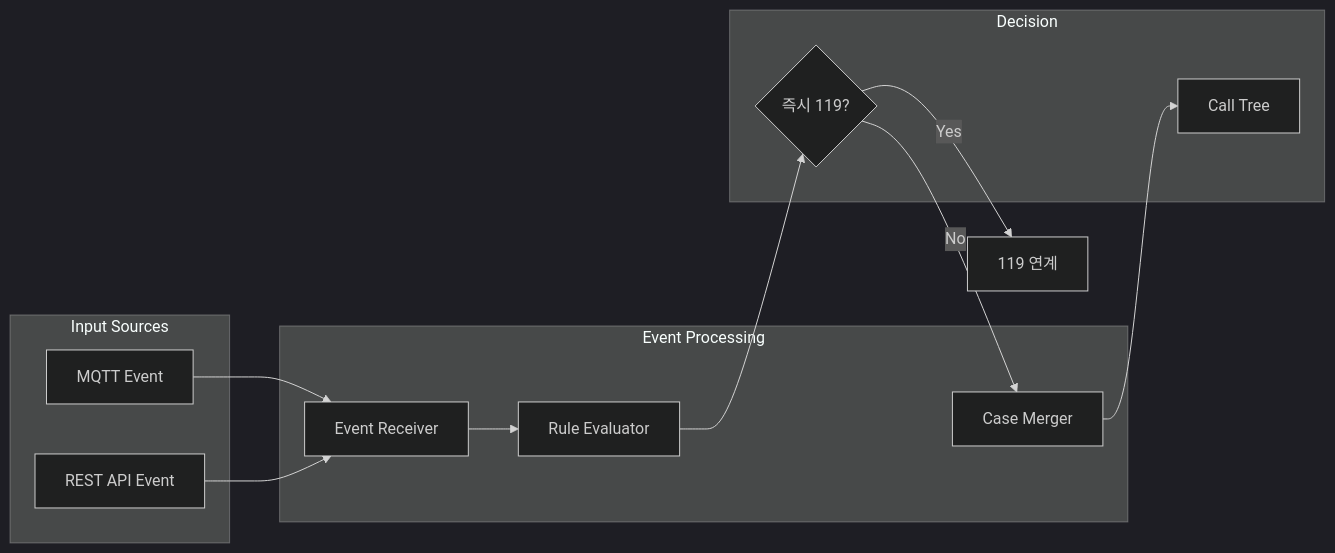
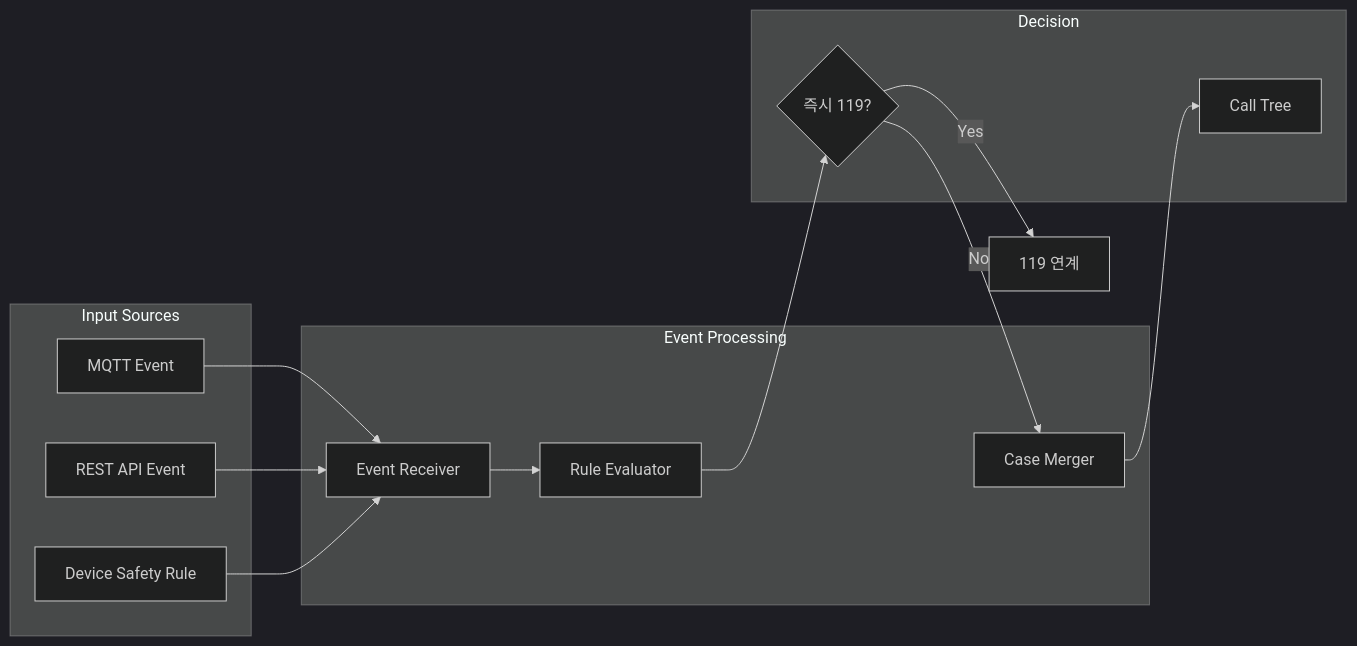
The second of 2 diagrams in .cursor/plans/ai_care_companion_개발계획.md (futurianh1k/aiboocare), drawn with Mermaid (dark theme) before and after one commit. The commit also changed other lines of this file and 67 other files, not shown here.

````diff
--- a/.cursor/plans/ai_care_companion_개발계획.md
+++ b/.cursor/plans/ai_care_companion_개발계획.md
@@ -179,26 +173,28 @@
 ```mermaid
 flowchart LR
-    subgraph input [Input Sources]
+    subgraph INPUT["Input Sources"]
         MQTT_Event[MQTT Event]
         API_Event[REST API Event]
+        Device_Event[Device Safety Rule]
     end
     
-    subgraph processing [Event Processing]
+    subgraph PROCESS["Event Processing"]
         EventReceiver[Event Receiver]
         RuleEvaluator[Rule Evaluator]
         CaseMerger[Case Merger]
     end
     
-    subgraph decision [Decision]
+    subgraph DECISION["Decision"]
         ShortCircuit{즉시 119?}
-        CallTree[Call Tree]
+        NormalFlow[Call Tree]
     end
     
     MQTT_Event --> EventReceiver
     API_Event --> EventReceiver
+    Device_Event --> EventReceiver
     EventReceiver --> RuleEvaluator
     RuleEvaluator --> ShortCircuit
     ShortCircuit -->|Yes| Emergency119[119 연계]
     ShortCircuit -->|No| CaseMerger
-    CaseMerger --> CallTree
+    CaseMerger --> NormalFlow
 ```
````
